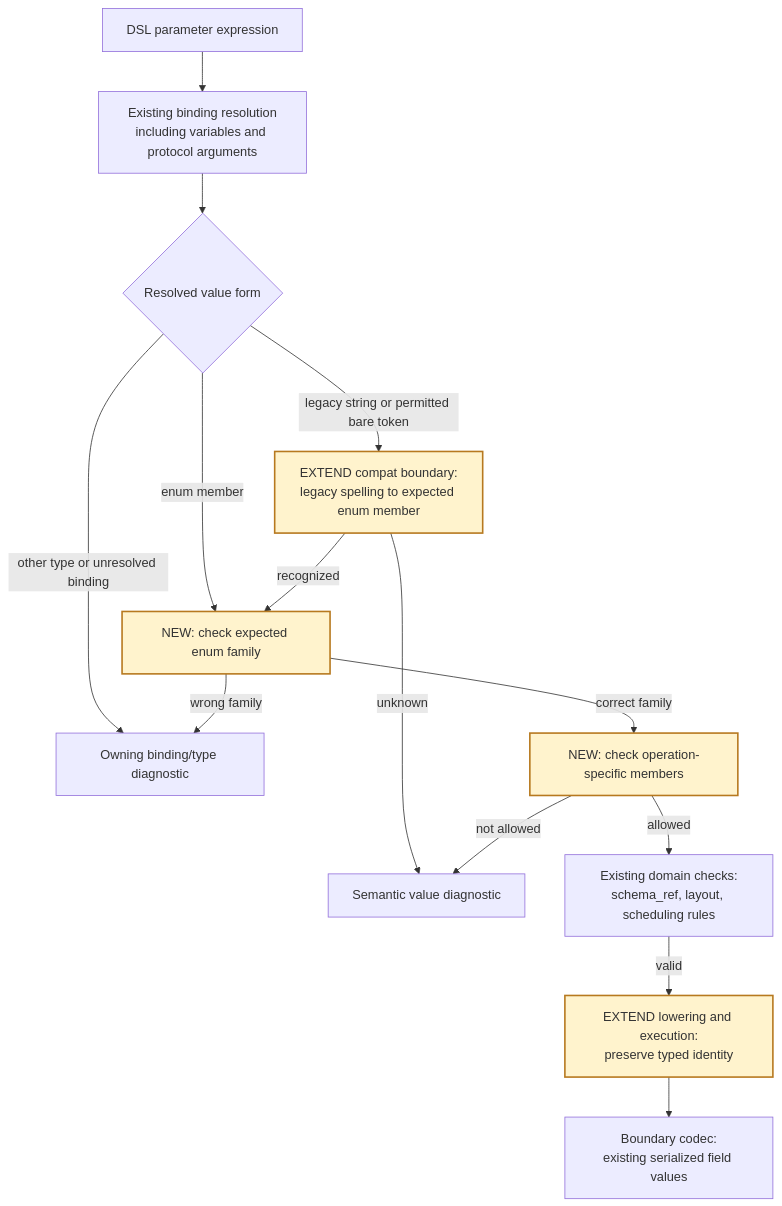
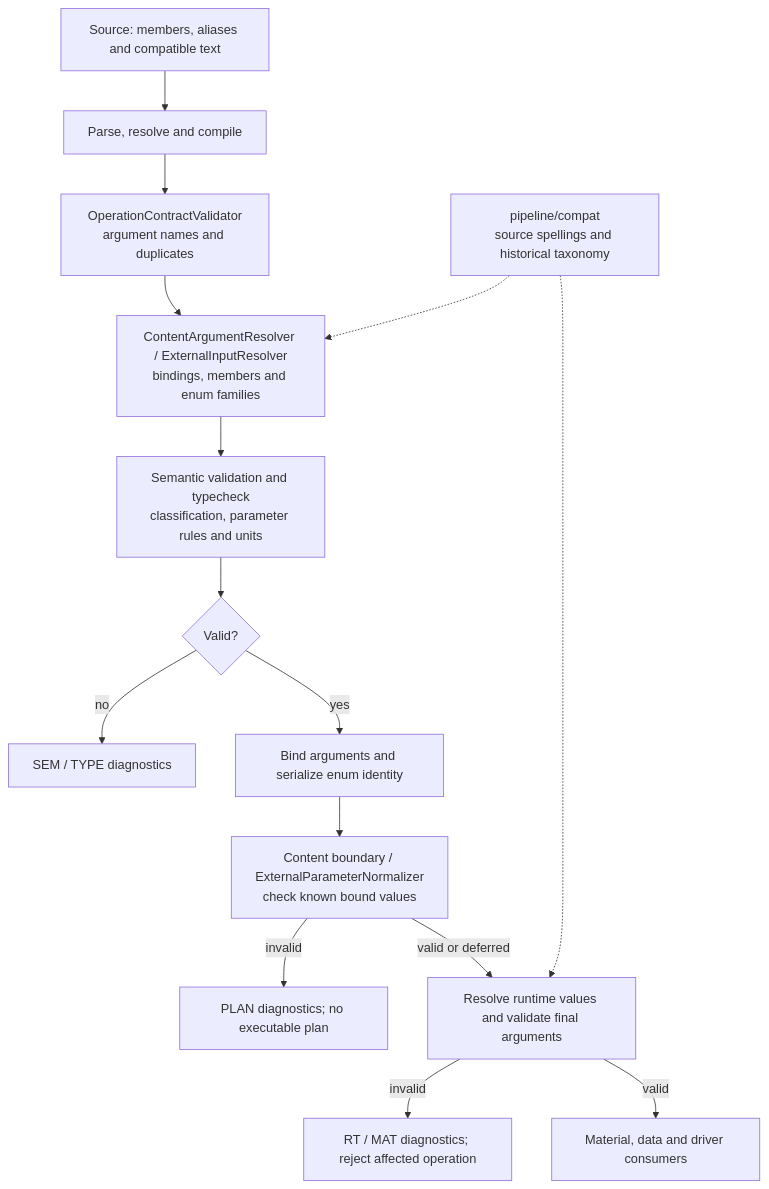
One commit to culsma/culsma changed the first of 3 diagrams in docs/architecture/pipeline/validate_module_diagrams.md. Above: the diagram before and after it, drawn with Mermaid. The commit also changed other lines of this file and 3 other files, not shown here.

Commit message:
docs: simplify architecture and plan gradual language ownership

````diff
--- a/docs/architecture/pipeline/validate_module_diagrams.md
+++ b/docs/architecture/pipeline/validate_module_diagrams.md
@@ -473,18 +5,17 @@
 ```mermaid
 flowchart TB
-    Source["DSL parameter expression"] --> Bind["Existing binding resolution<br/>including variables and protocol arguments"]
-    Bind --> Shape{"Resolved value form"}
-    Shape -->|enum member| Identity["NEW: check expected enum family"]
-    Shape -->|legacy string or permitted bare token| Compat["EXTEND compat boundary:<br/>legacy spelling to expected enum member"]
-    Shape -->|other type or unresolved binding| TypeError["Owning binding/type diagnostic"]
-    Compat -->|recognized| Identity
-    Compat -->|unknown| ValueError["Semantic value diagnostic"]
-    Identity -->|wrong family| TypeError
-    Identity -->|correct family| Allowed["NEW: check operation-specific members"]
-    Allowed -->|not allowed| ValueError
-    Allowed -->|allowed| Domain["Existing domain checks:<br/>schema_ref, layout, scheduling rules"]
-    Domain -->|valid| Lower["EXTEND lowering and execution:<br/>preserve typed identity"]
-    Lower --> Wire["Boundary codec:<br/>existing serialized field values"]
-    classDef planned fill:#fff3cd,stroke:#b7791f,stroke-width:2px
-    class Identity,Compat,Allowed,Lower planned
+    Source["Source: members, aliases and compatible text"] --> Frontend["Parse, resolve and compile"]
+    Frontend --> Names["OperationContractValidator<br/>argument names and duplicates"]
+    Names --> Resolve["ContentArgumentResolver / ExternalInputResolver<br/>bindings, members and enum families"]
+    Resolve --> Rules["Semantic validation and typecheck<br/>classification, parameter rules and units"]
+    Rules --> Gate{"Valid?"}
+    Gate -->|no| Reject["SEM / TYPE diagnostics"]
+    Gate -->|yes| Plan["Bind arguments and serialize enum identity"]
+    Plan --> Bound["Content boundary / ExternalParameterNormalizer<br/>check known bound values"]
+    Bound -->|invalid| PlanReject["PLAN diagnostics; no executable plan"]
+    Bound -->|valid or deferred| Runtime["Resolve runtime values and validate final arguments"]
+    Runtime -->|invalid| RuntimeReject["RT / MAT diagnostics; reject affected operation"]
+    Runtime -->|valid| Consume["Material, data and driver consumers"]
+    Compat["pipeline/compat<br/>source spellings and historical taxonomy"] -.-> Resolve
+    Compat -.-> Runtime
 ```
````
